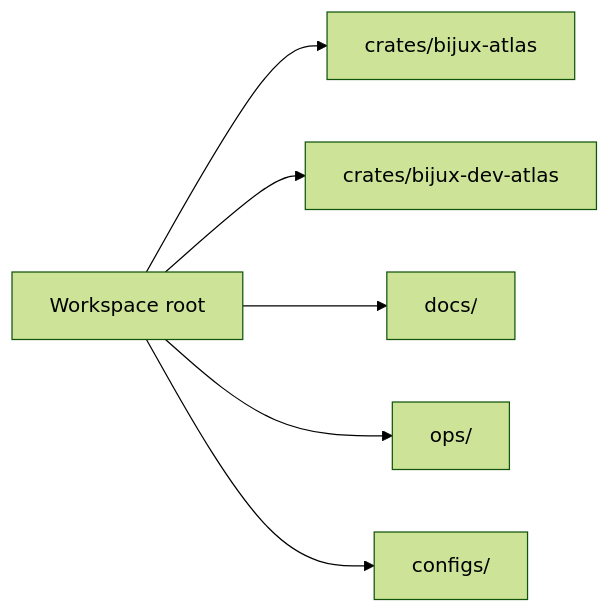
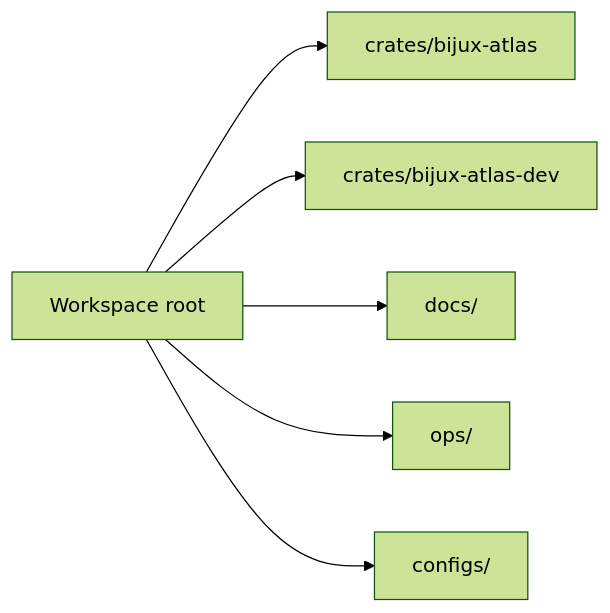
One commit to bijux/bijux-atlas changed the first of 2 diagrams in docs/bijux-atlas-dev/workspace/workspace-and-tooling.md. Above: the diagram before and after it, drawn with Mermaid (forest theme). The commit also changed other lines of this file and 715 other files, not shown here.

Commit message:
refactor(workspace): rename bijux-atlas-dev maintainer crate

````diff
--- a/docs/bijux-atlas-dev/workspace/workspace-and-tooling.md
+++ b/docs/bijux-atlas-dev/workspace/workspace-and-tooling.md
@@ -16,8 +16,8 @@
 ```mermaid
 flowchart LR
     Workspace[Workspace root] --> Atlas[crates/bijux-atlas]
-    Workspace --> DevAtlas[crates/bijux-dev-atlas]
+    Workspace --> DevAtlas[crates/bijux-atlas-dev]
     Workspace --> Docs[docs/]
     Workspace --> Ops[ops/]
     Workspace --> Configs[configs/]
 ```
````
